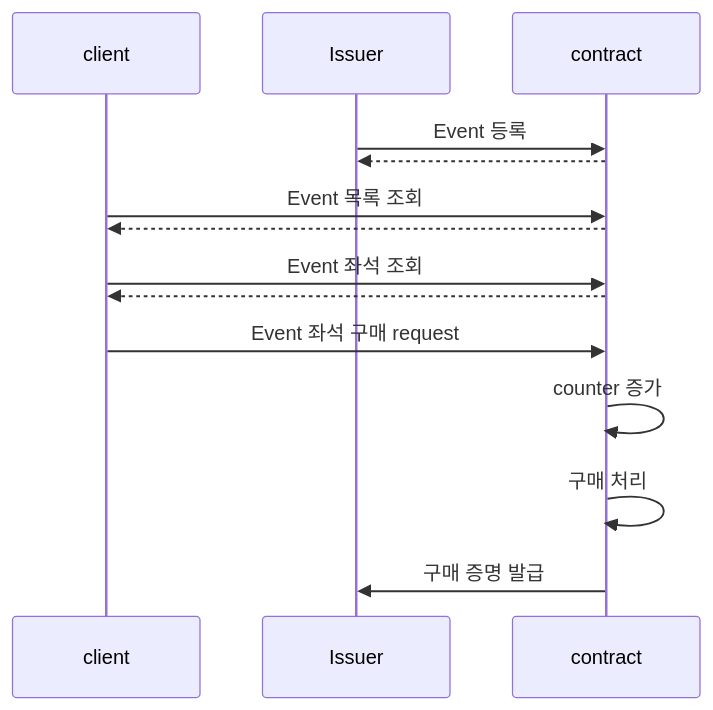
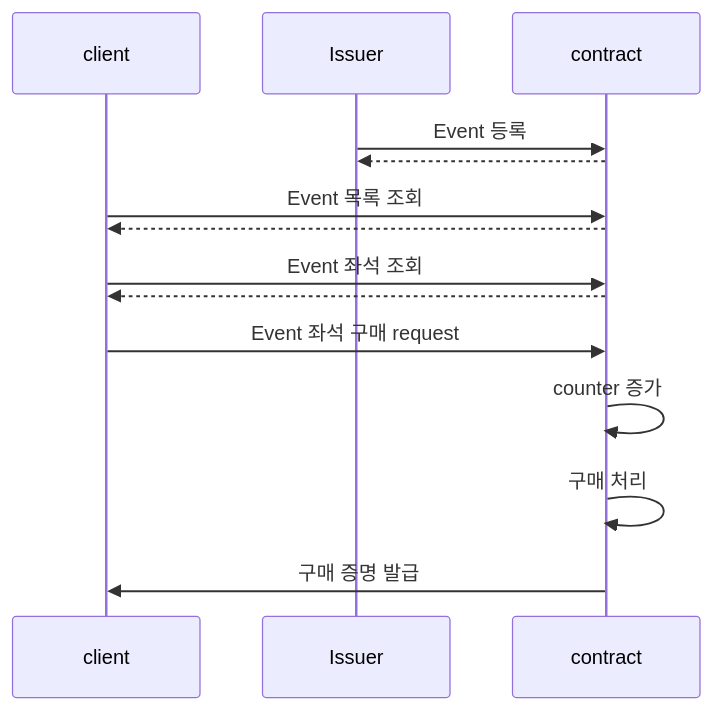
Before and after one commit to DELIGHT-LABS/monad-ticket: the diagram in README.md, drawn with Mermaid.

Commit message:
docs: revised wrong diagram

````diff
--- a/README.md
+++ b/README.md
@@ -18,24 +18,24 @@
 ```mermaid
 sequenceDiagram
     participant Client as client
     participant Issuer as Issuer
     participant Contract as contract
 
     %% Event 등록
     Issuer->>Contract: Event 등록
     Contract-->>Issuer: 
 
     %% Event 목록 조회
     Client->>Contract: Event 목록 조회
     Contract-->>Client:
 
     %% Event 좌석 조회
     Client->>Contract: Event 좌석 조회
     Contract-->>Client:
 
     %% Event 좌석 구매
     Client->>Contract: Event 좌석 구매 request
     Contract->>Contract: counter 증가
     Contract->>Contract: 구매 처리
-    Contract->>Issuer: 구매 증명 발급
+    Contract->>Client: 구매 증명 발급
 ```
````
